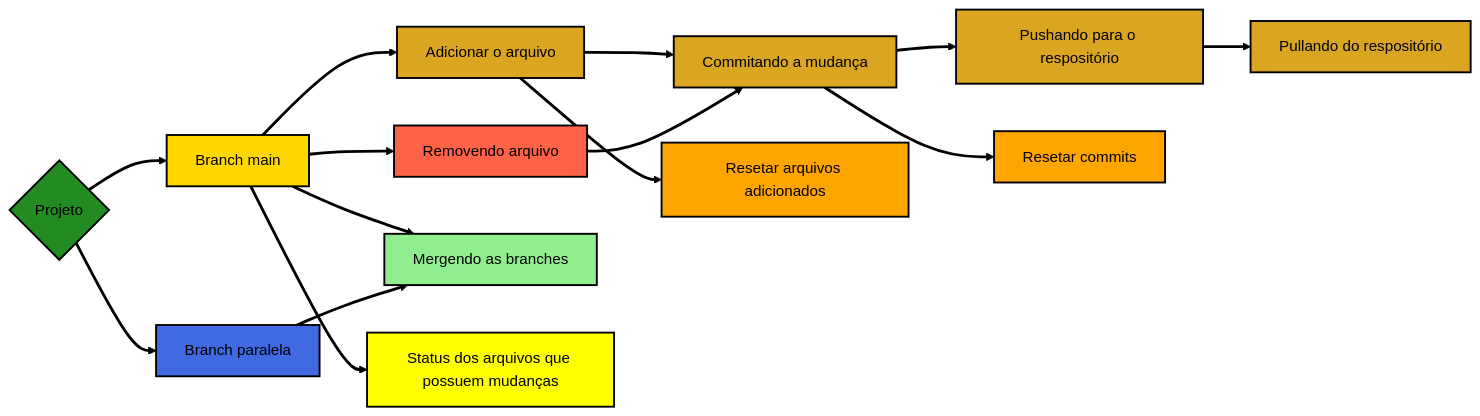
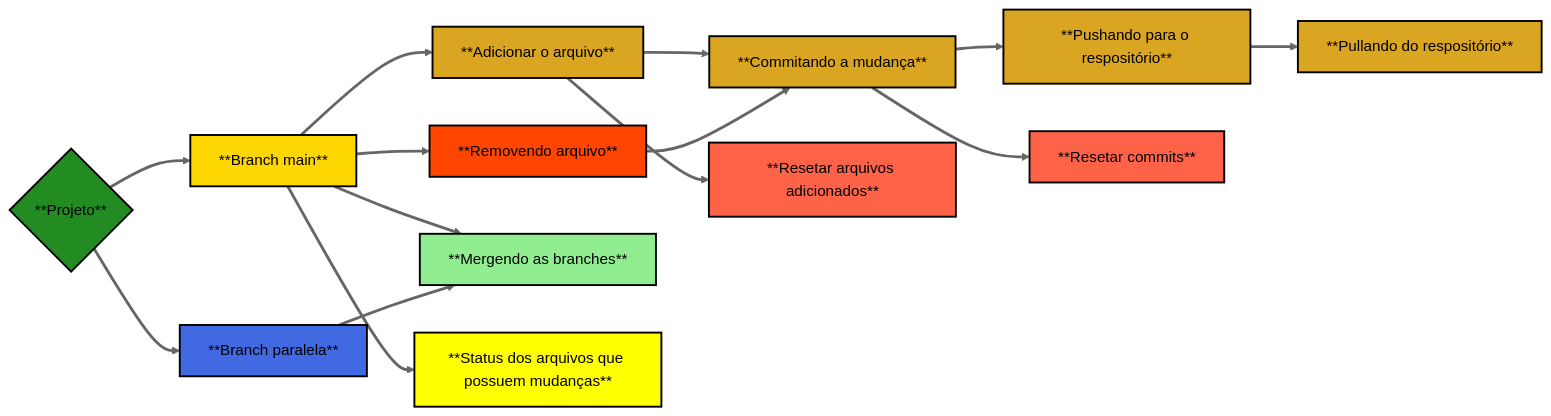
Before and after one commit to Edbbioeco/conectar_github_rstudio: the diagram in README.qmd, drawn with Mermaid (neutral theme).

Commit message:
Quarto do README

````diff
--- a/README.qmd
+++ b/README.qmd
@@ -19,29 +19,29 @@
 ```{mermaid} 
 flowchart LR
-  A{Projeto} --> B[Branch main] 
-  A --> C[Branch paralela]
-  B --> D[Adicionar o arquivo]
-  D --> E[Commitando a mudança]
-  E --> F[Pushando para o respositório]
-  F --> G[Pullando do respositório]
-  H[Removendo arquivo] --> E
-  D --> I[Resetar arquivos adicionados]
-  E --> J[Resetar commits]
+  A{**Projeto**} --> B[**Branch main**] 
+  A --> C[**Branch paralela**]
+  B --> D[**Adicionar o arquivo**]
+  D --> E[**Commitando a mudança**]
+  E --> F[**Pushando para o respositório**]
+  F --> G[**Pullando do respositório**]
+  H[**Removendo arquivo**] --> E
+  D --> I[**Resetar arquivos adicionados**]
+  E --> J[**Resetar commits**]
   B --> H
-  B --> K[Mergendo as branches]
-  C --> K[Mergendo as branches]
-  B --> L[Status dos arquivos que possuem mudanças]
+  B --> K[**Mergendo as branches**]
+  C --> K[**Mergendo as branches**]
+  B --> L[**Status dos arquivos que possuem mudanças**]
   style A fill:forestgreen, color:black, stroke:black, stroke-width:2px
   style B fill:gold, color:black, stroke:black, stroke-width:2px
   style C fill:royalblue, color:black, stroke:black, stroke-width:2px
   style D fill:goldenrod, color:black, stroke:black, stroke-width:2px
   style E fill:goldenrod, color:black, stroke:black, stroke-width:2px
   style F fill:goldenrod, color:black, stroke:black, stroke-width:2px
   style G fill:goldenrod, color:black, stroke:black, stroke-width:2px
-  style H fill:tomato, color:black, stroke:black, stroke-width:2px
-  style I fill:orange, color:black, stroke:black, stroke-width:2px
-  style J fill:orange, color:black, stroke:black, stroke-width:2px
+  style H fill:orangered, color:black, stroke:black, stroke-width:2px
+  style I fill:tomato, color:black, stroke:black, stroke-width:2px
+  style J fill:tomato, color:black, stroke:black, stroke-width:2px
   style K fill:lightgreen, color:black, stroke:black, stroke-width:2px
   style L fill:yellow, color:black, stroke:black, stroke-width:2px
-  linkStyle default stroke-width:3px,stroke:black
+  linkStyle default stroke-width:3px
 ```
````
